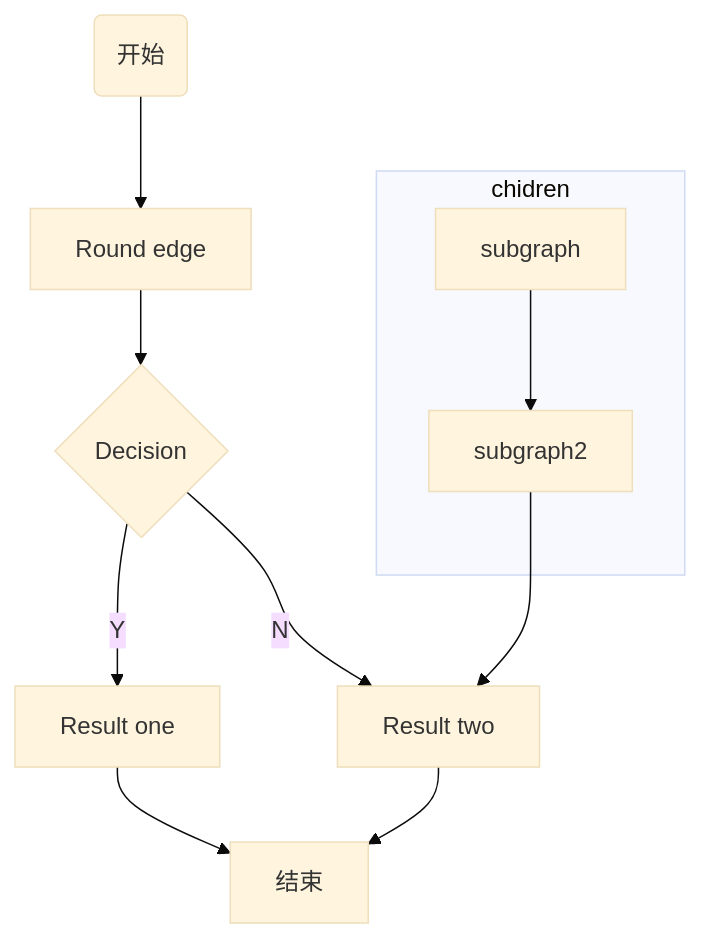
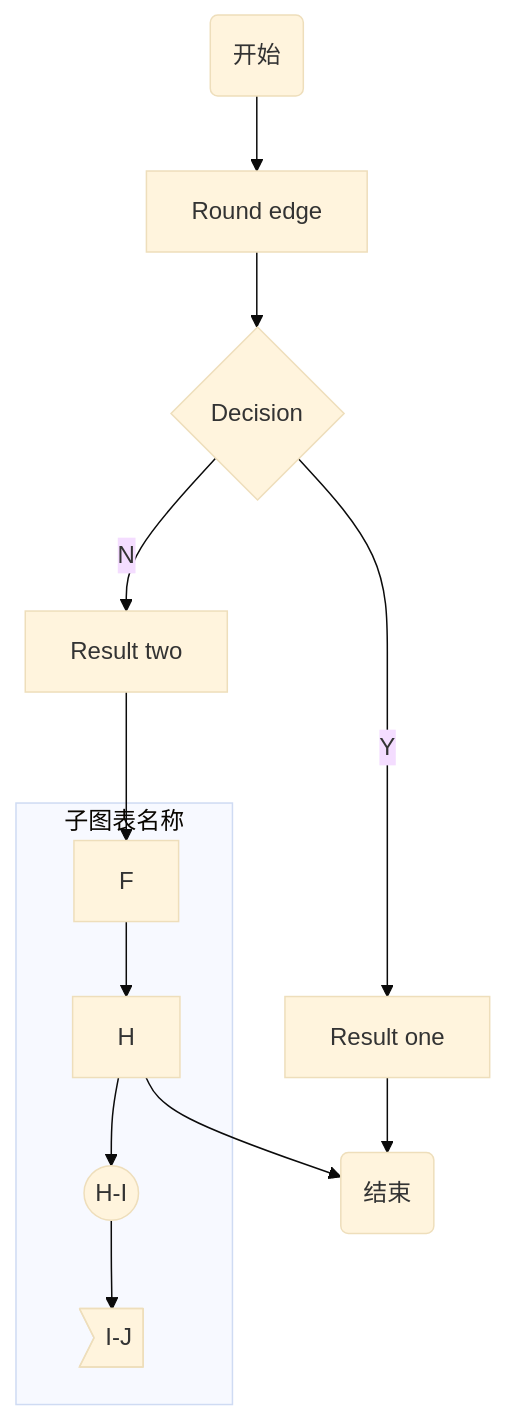
Before and after one commit to qingyunzs/qingyunzs.github.io: the first of 3 diagrams in _posts/tools/2019-03-05-markdown.md, drawn with Mermaid (base theme). The commit also changed other lines of this file and 82 other files, not shown here.

````diff
--- a/_posts/tools/2019-03-05-markdown.md
+++ b/_posts/tools/2019-03-05-markdown.md
@@ -175,13 +173,15 @@
 ```mermaid
-graph TB
+graph TB;
 A(开始) -->B[Round edge]
 B --> C{Decision}
 C -->|Y| D[Result one]
 C -->|N| E[Result two]
-subgraph chidren
-	E1[subgraph] --> E2[subgraph2]
+E -->F
+subgraph 子图表名称
+	F --> H
+	H --> I((H-I))
+	I --> J>I-J]
 end
-E2 --> E
-D -->F
-E -->F[结束]
+H --> Z(结束)
+D --> Z
 ```
````
